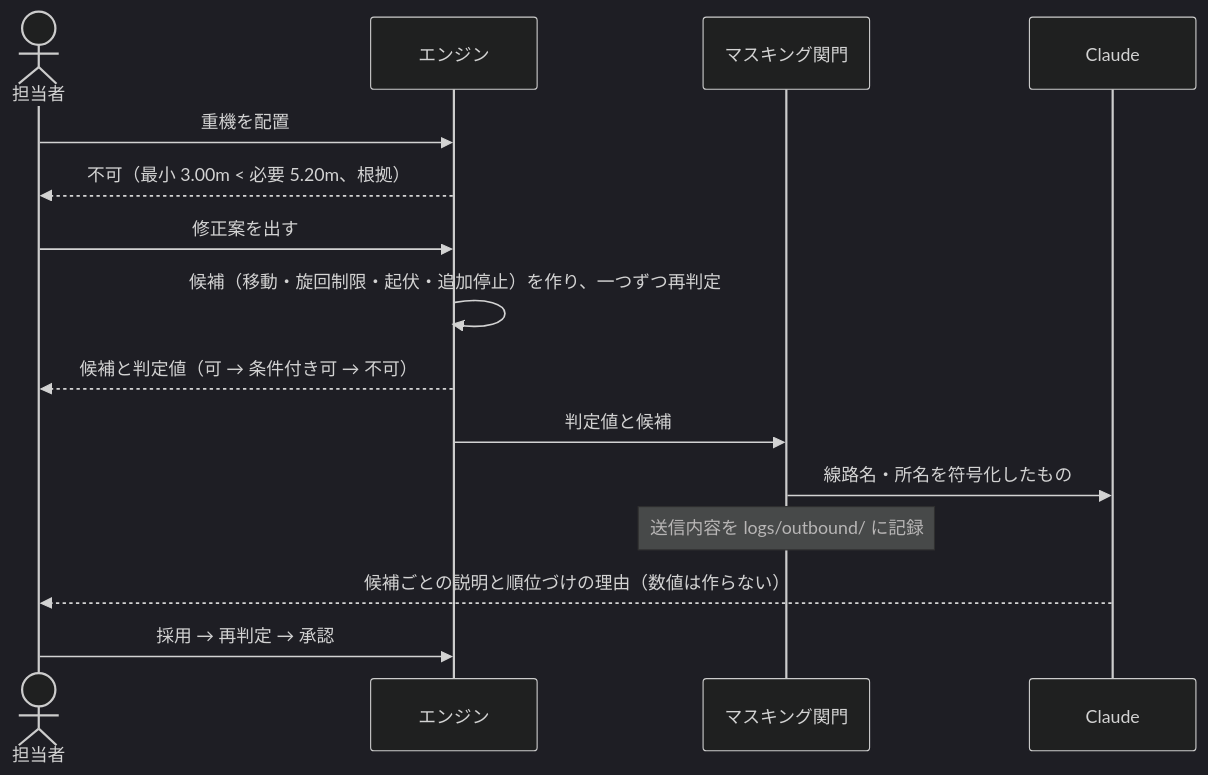
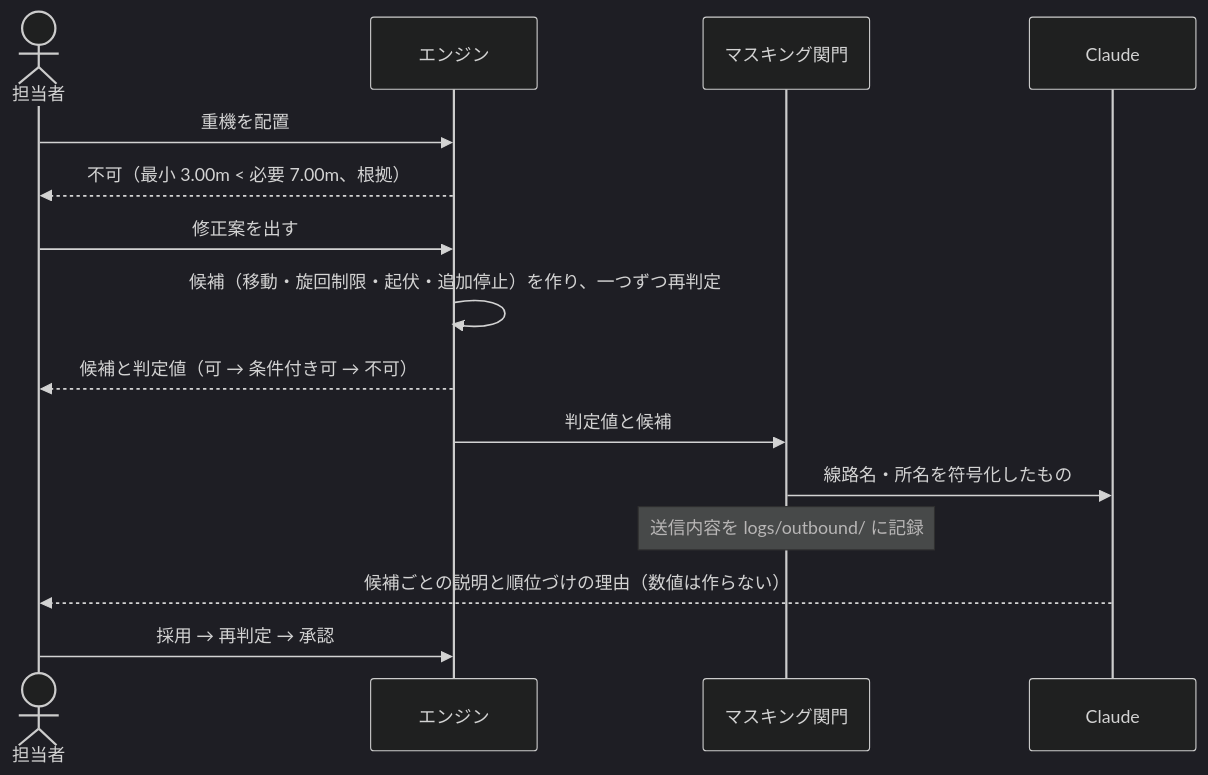
The second of 2 diagrams in docs/architecture.md (Daxion1578/Minimum-Approach-Area-Indicator), drawn with Mermaid (dark theme) before and after one commit. The commit also changed 8 other files, not shown here.

````diff
--- a/docs/architecture.md
+++ b/docs/architecture.md
@@ -40,17 +40,17 @@
 ```mermaid
 sequenceDiagram
   actor U as 担当者
   participant E as エンジン
   participant M as マスキング関門
   participant C as Claude
   U->>E: 重機を配置
-  E-->>U: 不可（最小 3.00m < 必要 5.20m、根拠）
+  E-->>U: 不可（最小 3.00m < 必要 7.00m、根拠）
   U->>E: 修正案を出す
   E->>E: 候補（移動・旋回制限・起伏・追加停止）を作り、一つずつ再判定
   E-->>U: 候補と判定値（可 → 条件付き可 → 不可）
   E->>M: 判定値と候補
   M->>C: 線路名・所名を符号化したもの
   Note over M: 送信内容を logs/outbound/ に記録
   C-->>U: 候補ごとの説明と順位づけの理由（数値は作らない）
   U->>E: 採用 → 再判定 → 承認
 ```
````
